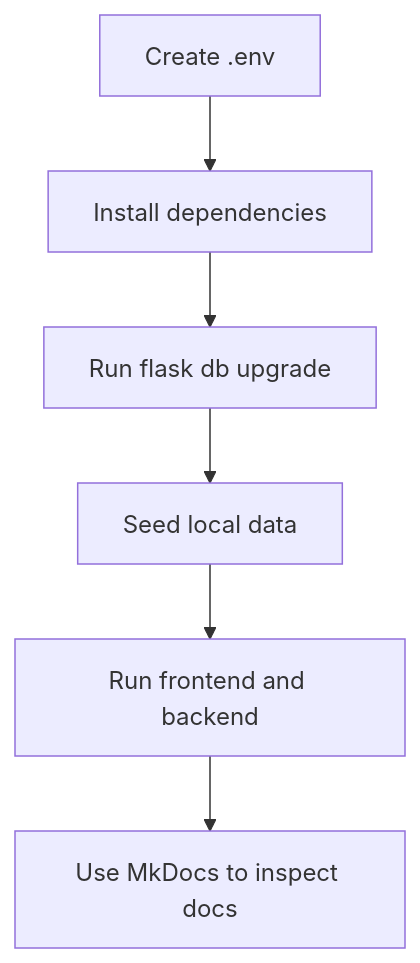
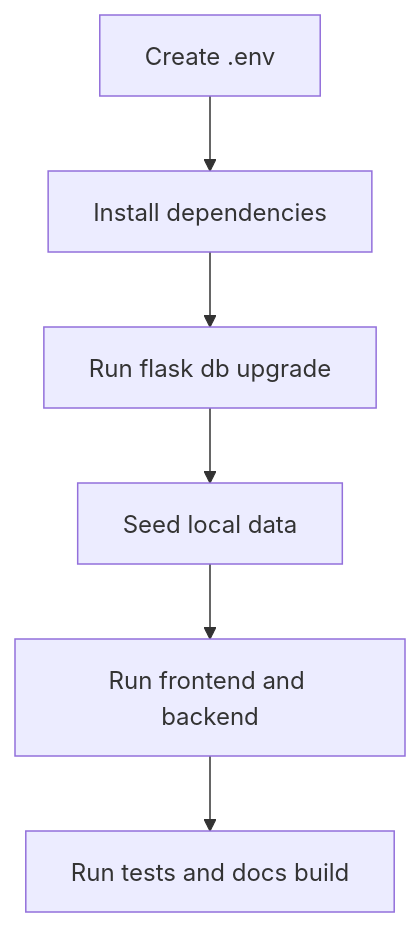
The diagram in docs/getting-started.md (ai-cain/vision-data-dashboard), drawn with Mermaid before and after one commit. The commit also changed other lines of this file and 9 other files, not shown here.

````diff
--- a/docs/getting-started.md
+++ b/docs/getting-started.md
@@ -87,8 +98,8 @@
 ```mermaid
 flowchart TD
     A[Create .env] --> B[Install dependencies]
     B --> C[Run flask db upgrade]
     C --> D[Seed local data]
     D --> E[Run frontend and backend]
-    E --> F[Use MkDocs to inspect docs]
+    E --> F[Run tests and docs build]
 ```
````
